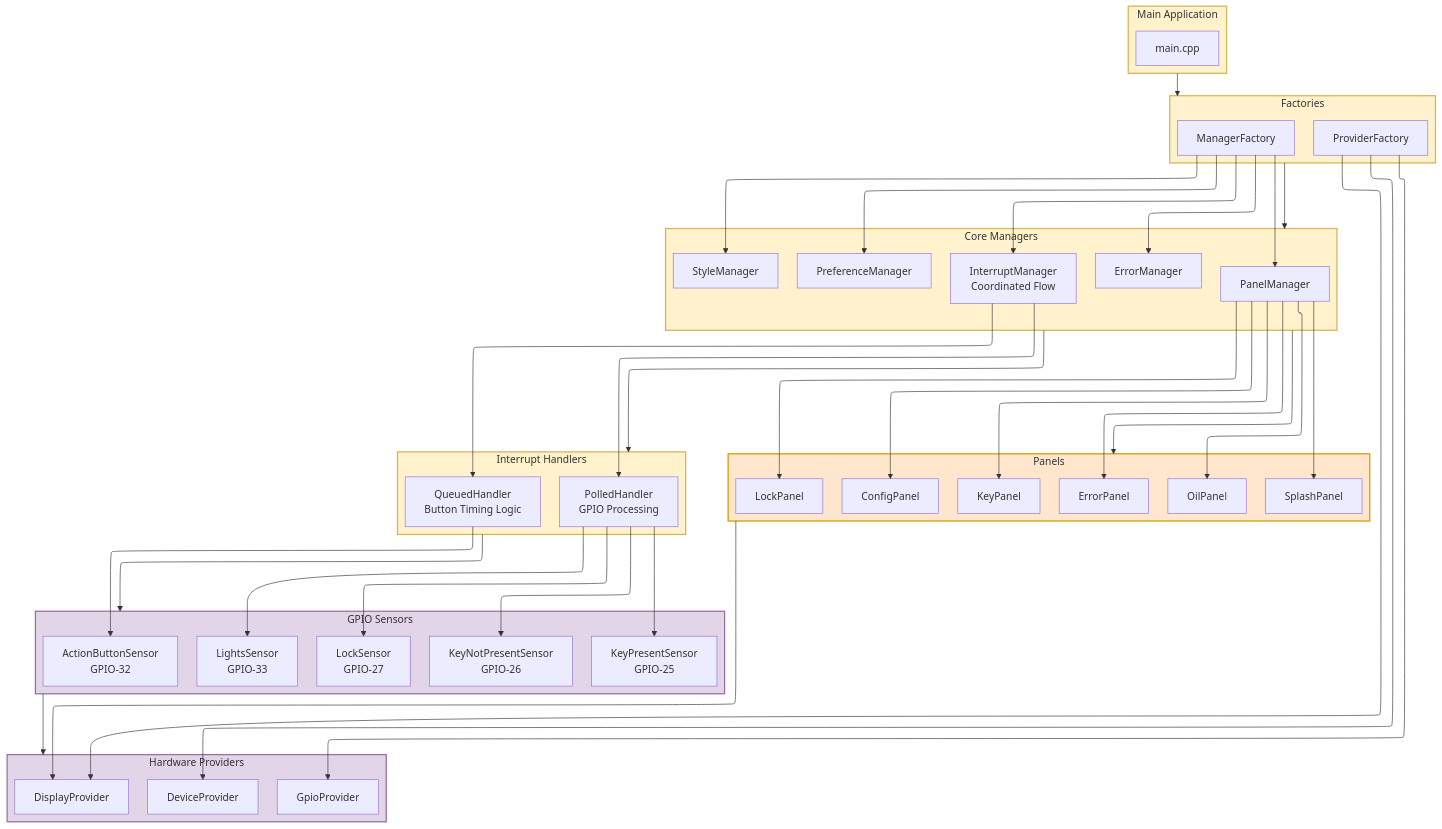
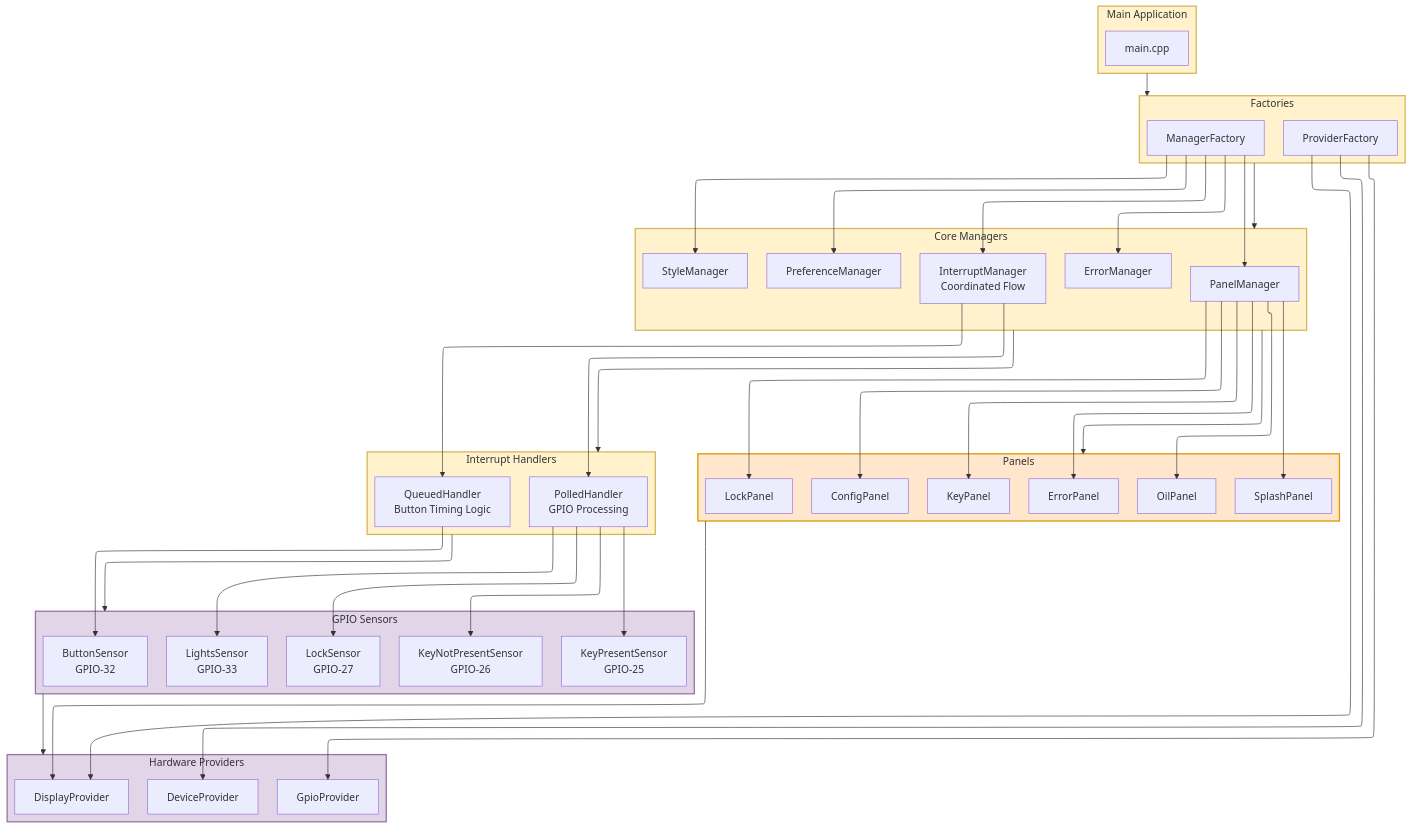
Before and after one commit to marcelrienks/Clarity: the diagram in docs/diagrams/architecture-overview.md, drawn with Mermaid. The commit also changed other lines of this file and 20 other files, not shown here.

```diff
--- a/docs/diagrams/architecture-overview.md
+++ b/docs/diagrams/architecture-overview.md
@@ -65,7 +65,7 @@
     
     %% GPIO Sensors Layer
     subgraph GPIOSensors ["GPIO Sensors"]
-        ActionButtonSensor["ActionButtonSensor<br/>GPIO-32"]
+        ButtonSensor["ButtonSensor<br/>GPIO-32"]
         KeyPresentSensor["KeyPresentSensor<br/>GPIO-25"]
         KeyNotPresentSensor["KeyNotPresentSensor<br/>GPIO-26"]
         LockSensor["LockSensor<br/>GPIO-27"]
@@ -93,7 +93,7 @@
     
     %% Interrupt Manager Coordinated Flow
     InterruptManager --> QueuedHandler & PolledHandler
-    QueuedHandler --> ActionButtonSensor
+    QueuedHandler --> ButtonSensor
     PolledHandler --> KeyPresentSensor & KeyNotPresentSensor & LockSensor & LightsSensor
     
     %% Panel Manager Connections
```
